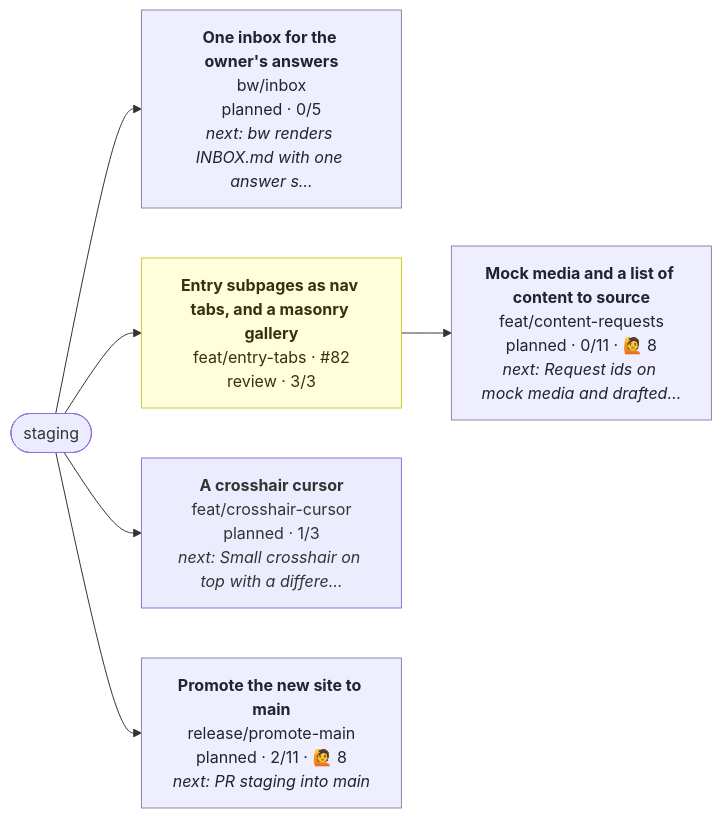
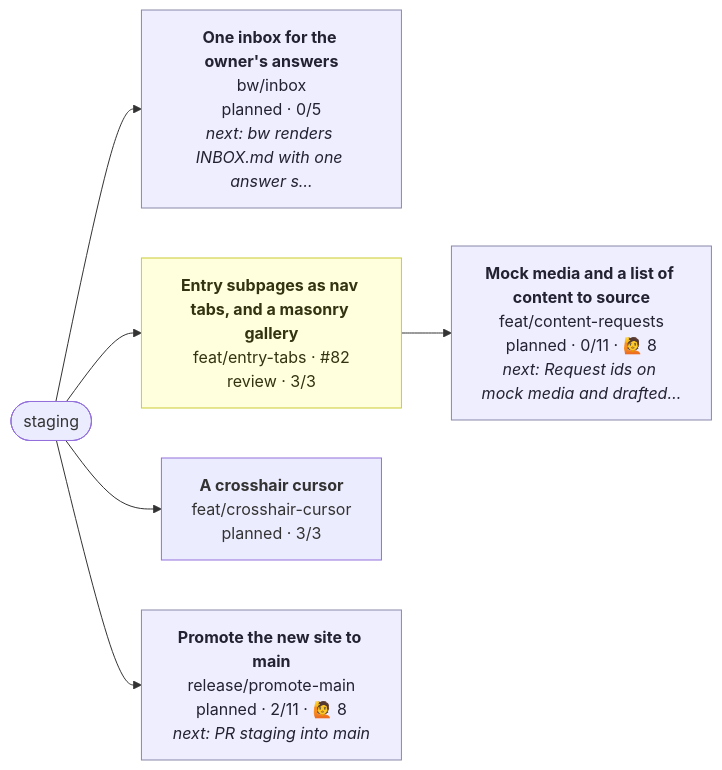
One commit to henryjonescodes/portfolio changed the diagram in CONTRIBUTING.md. Above: the diagram before and after it, drawn with Mermaid. The commit also changed other lines of this file, not shown here.

````diff
--- a/CONTRIBUTING.md
+++ b/CONTRIBUTING.md
@@ -16,24 +16,24 @@
 ```mermaid
 flowchart LR
   n_staging([staging])
   n_bw_inbox["<b>One inbox for the owner's answers</b><br/>bw/inbox<br/>planned · 0/5<br/><i>next: bw renders INBOX.md with one answer s…</i>"]
   class n_bw_inbox planned
   n_staging --> n_bw_inbox
   n_feat_content_requests["<b>Mock media and a list of content to source</b><br/>feat/content-requests<br/>planned · 0/11 · 🙋 8<br/><i>next: Request ids on mock media and drafted…</i>"]
   class n_feat_content_requests planned
   n_feat_entry_tabs --> n_feat_content_requests
-  n_feat_crosshair_cursor["<b>A crosshair cursor</b><br/>feat/crosshair-cursor<br/>planned · 1/3<br/><i>next: Small crosshair on top with a differe…</i>"]
+  n_feat_crosshair_cursor["<b>A crosshair cursor</b><br/>feat/crosshair-cursor<br/>planned · 3/3"]
   class n_feat_crosshair_cursor planned,current
   n_staging --> n_feat_crosshair_cursor
   n_feat_entry_tabs["<b>Entry subpages as nav tabs, and a masonry gallery</b><br/>feat/entry-tabs · #82<br/>review · 3/3"]
   class n_feat_entry_tabs review
   n_staging --> n_feat_entry_tabs
   n_release_promote_main["<b>Promote the new site to main</b><br/>release/promote-main<br/>planned · 2/11 · 🙋 8<br/><i>next: PR staging into main</i>"]
   class n_release_promote_main planned
   n_staging --> n_release_promote_main
   classDef planned fill:#eef,stroke:#88a,color:#223
   classDef active fill:#dfd,stroke:#3a3,stroke-width:3px,color:#132
   classDef blocked fill:#fdd,stroke:#c33,color:#311
   classDef review fill:#ffd,stroke:#cc3,color:#331
   classDef current stroke:#06c,stroke-width:4px
 ```
````
